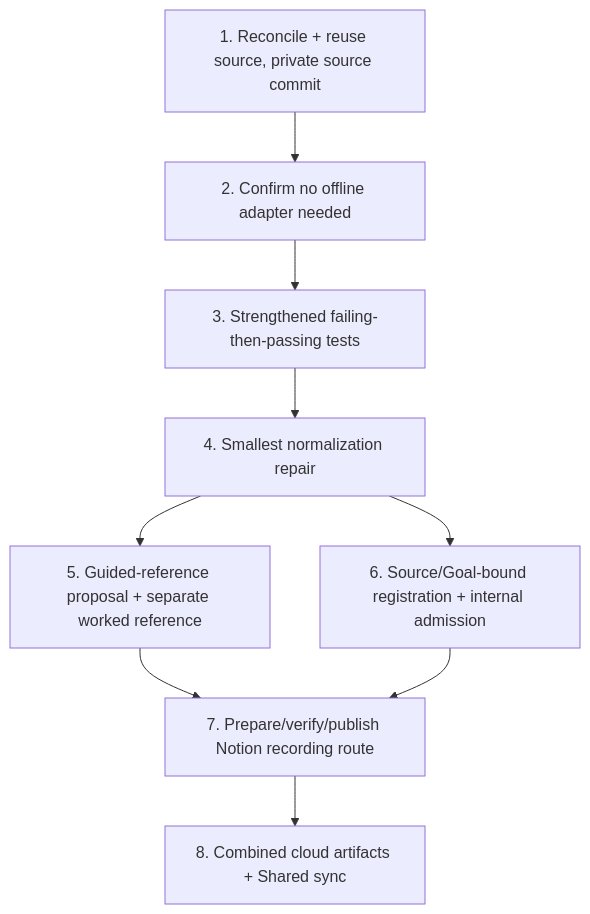
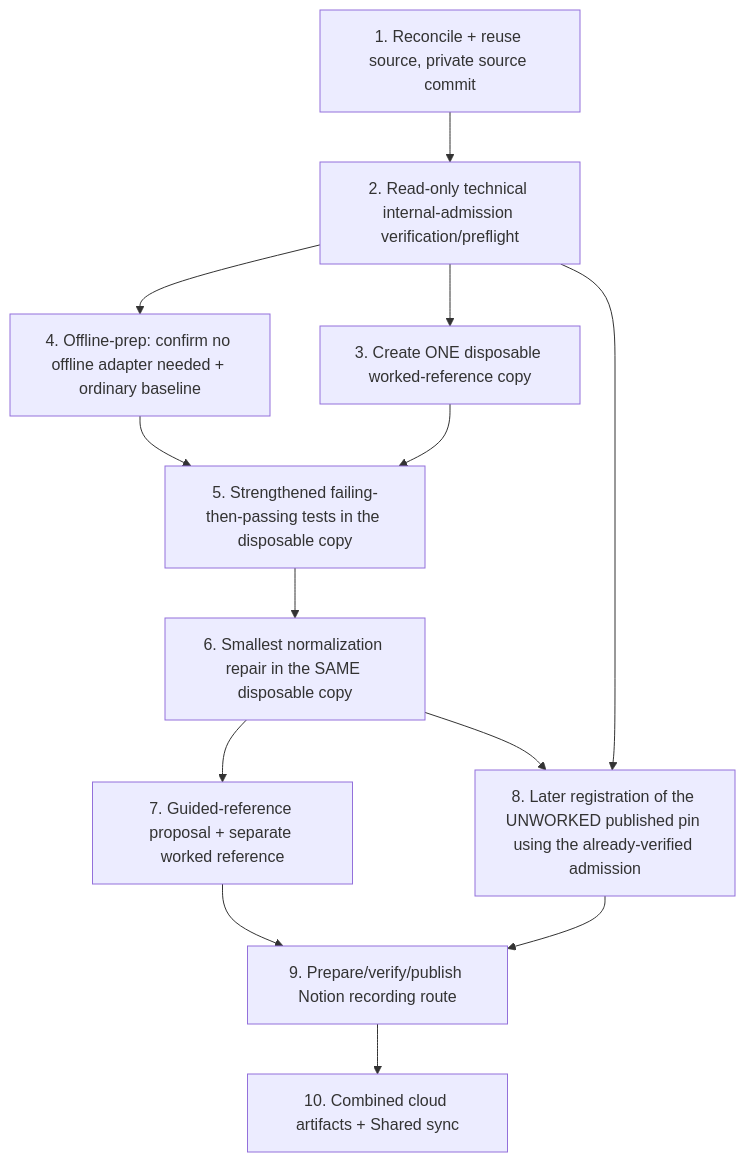
The diagram in specs/odin-bootcamp/exact-match-grader-normalization-false-positive-repair/tasks.md (KyPython/ai-governance), drawn with Mermaid before and after one commit. The commit also changed other lines of this file and 37 other files, not shown here.

Commit message:
docs(worlds): resolve source-bound spec review findings

````diff
--- a/specs/odin-bootcamp/exact-match-grader-normalization-false-positive-repair/tasks.md
+++ b/specs/odin-bootcamp/exact-match-grader-normalization-false-positive-repair/tasks.md
@@ -9,11 +9,15 @@
 ```mermaid
 graph TD
-  T1[1. Reconcile + reuse source, private source commit] --> T2[2. Confirm no offline adapter needed]
-  T2 --> T3[3. Strengthened failing-then-passing tests]
-  T3 --> T4[4. Smallest normalization repair]
-  T4 --> T5[5. Guided-reference proposal + separate worked reference]
-  T4 --> T6[6. Source/Goal-bound registration + internal admission]
-  T5 --> T7[7. Prepare/verify/publish Notion recording route]
-  T6 --> T7
-  T7 --> T8[8. Combined cloud artifacts + Shared sync]
+  T1[1. Reconcile + reuse source, private source commit] --> T2[2. Read-only technical internal-admission verification/preflight]
+  T2 --> T4[4. Offline-prep: confirm no offline adapter needed + ordinary baseline]
+  T2 --> T3[3. Create ONE disposable worked-reference copy]
+  T4 --> T5[5. Strengthened failing-then-passing tests in the disposable copy]
+  T3 --> T5
+  T5 --> T6[6. Smallest normalization repair in the SAME disposable copy]
+  T6 --> T7[7. Guided-reference proposal + separate worked reference]
+  T2 --> T8[8. Later registration of the UNWORKED published pin using the already-verified admission]
+  T6 --> T8
+  T7 --> T9[9. Prepare/verify/publish Notion recording route]
+  T8 --> T9
+  T9 --> T10[10. Combined cloud artifacts + Shared sync]
 ```
````
